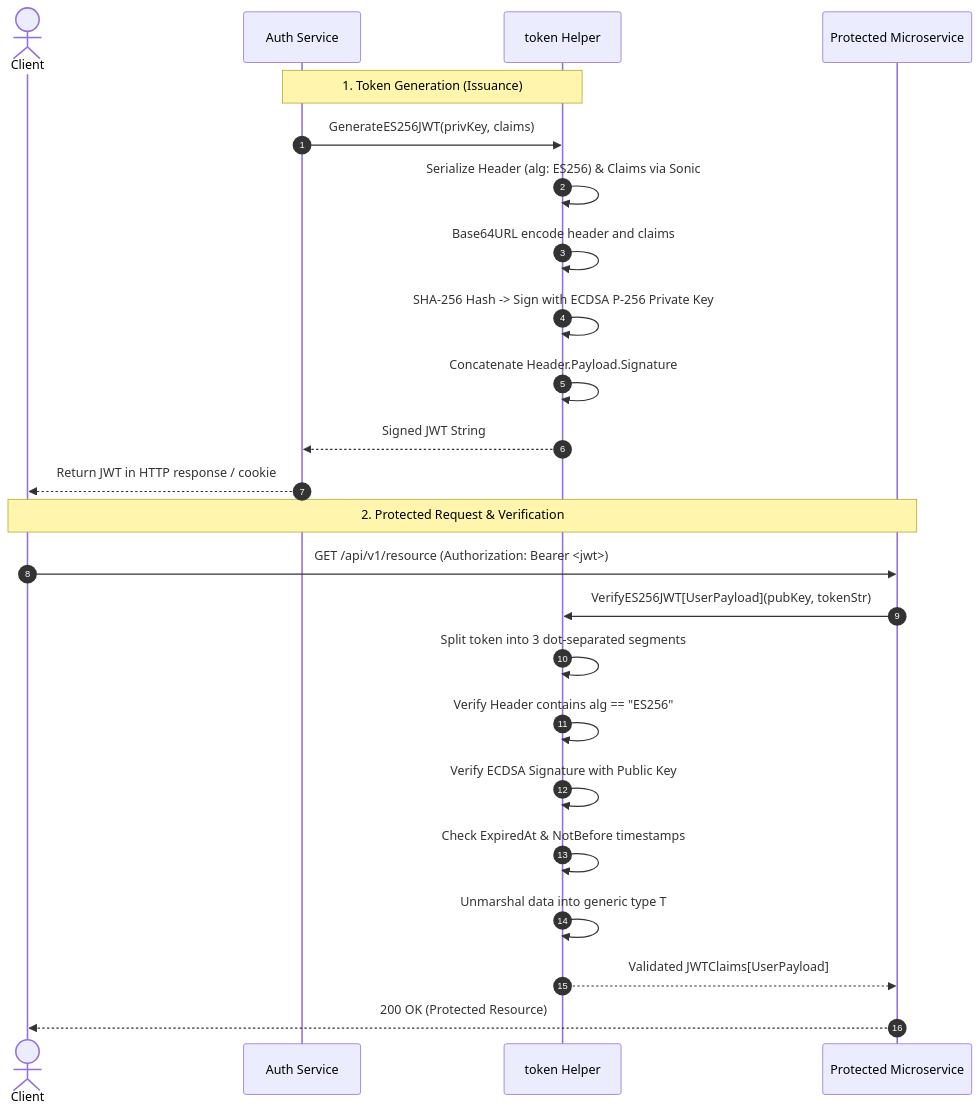
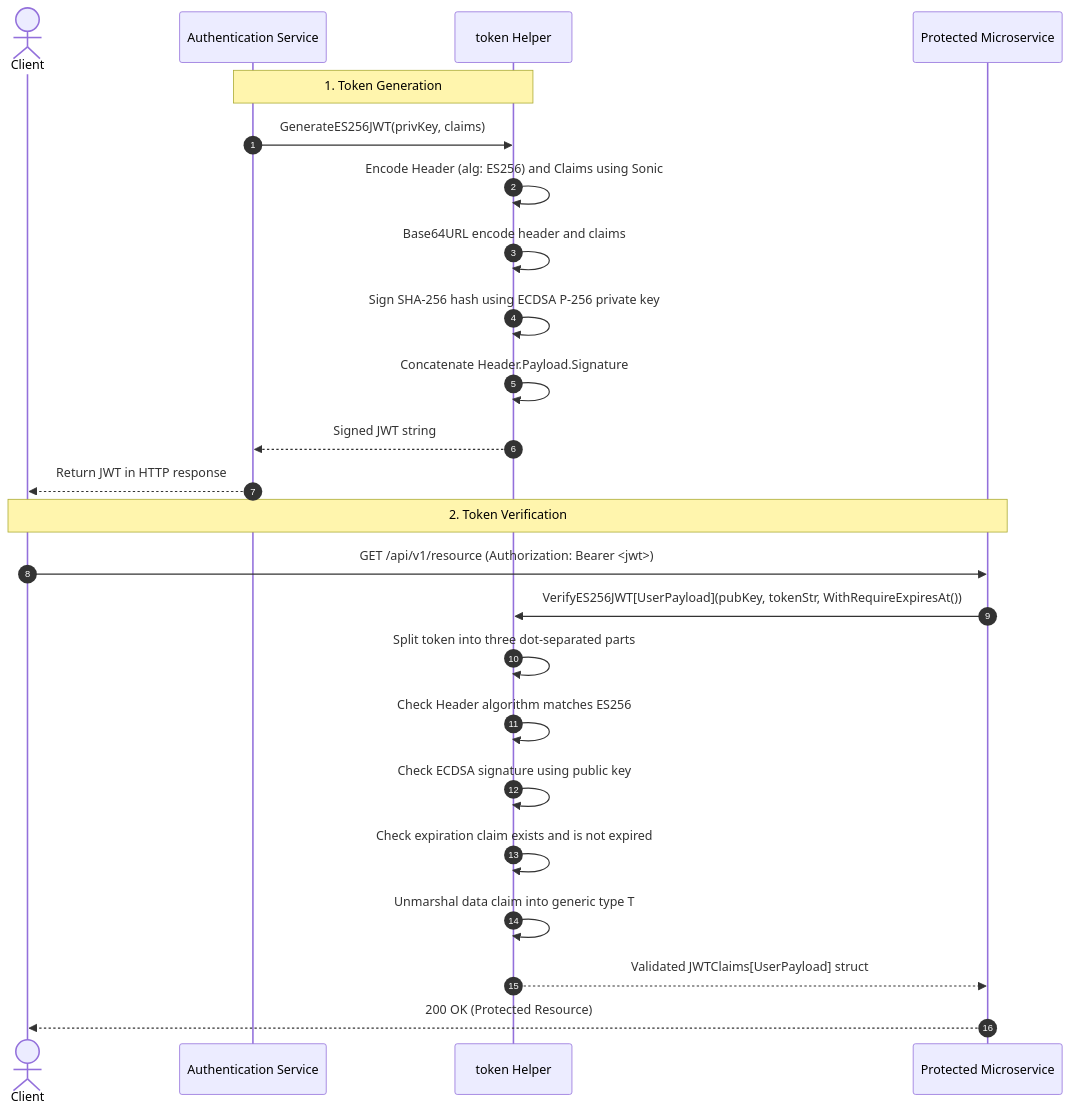
The diagram in token/README.md (Jkenyut/nvx-go-helper), drawn with Mermaid before and after one commit. The commit also changed other lines of this file and 46 other files, not shown here.

````diff
--- a/token/README.md
+++ b/token/README.md
@@ -16,28 +9,28 @@
 ```mermaid
 sequenceDiagram
     autonumber
     actor Client
-    participant Auth as Auth Service
+    participant Auth as Authentication Service
     participant Token as token Helper
     participant API as Protected Microservice
 
-    Note over Auth,Token: 1. Token Generation (Issuance)
+    Note over Auth,Token: 1. Token Generation
     Auth->>Token: GenerateES256JWT(privKey, claims)
-    Token->>Token: Serialize Header (alg: ES256) & Claims via Sonic
+    Token->>Token: Encode Header (alg: ES256) and Claims using Sonic
     Token->>Token: Base64URL encode header and claims
-    Token->>Token: SHA-256 Hash -> Sign with ECDSA P-256 Private Key
+    Token->>Token: Sign SHA-256 hash using ECDSA P-256 private key
     Token->>Token: Concatenate Header.Payload.Signature
-    Token-->>Auth: Signed JWT String
-    Auth-->>Client: Return JWT in HTTP response / cookie
+    Token-->>Auth: Signed JWT string
+    Auth-->>Client: Return JWT in HTTP response
 
-    Note over Client,API: 2. Protected Request & Verification
+    Note over Client,API: 2. Token Verification
     Client->>API: GET /api/v1/resource (Authorization: Bearer <jwt>)
-    API->>Token: VerifyES256JWT[UserPayload](pubKey, tokenStr)
-    Token->>Token: Split token into 3 dot-separated segments
-    Token->>Token: Verify Header contains alg == "ES256"
-    Token->>Token: Verify ECDSA Signature with Public Key
-    Token->>Token: Check ExpiredAt & NotBefore timestamps
-    Token->>Token: Unmarshal data into generic type T
-    Token-->>API: Validated JWTClaims[UserPayload]
+    API->>Token: VerifyES256JWT[UserPayload](pubKey, tokenStr, WithRequireExpiresAt())
+    Token->>Token: Split token into three dot-separated parts
+    Token->>Token: Check Header algorithm matches ES256
+    Token->>Token: Check ECDSA signature using public key
+    Token->>Token: Check expiration claim exists and is not expired
+    Token->>Token: Unmarshal data claim into generic type T
+    Token-->>API: Validated JWTClaims[UserPayload] struct
     API-->>Client: 200 OK (Protected Resource)
 ```
````
